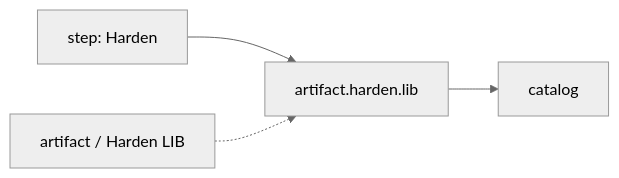
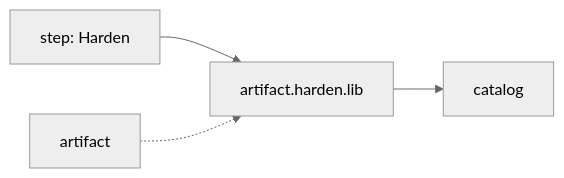
Before and after one commit to openecos-projects/ecc: diagram 20 of 45 in .github/signoff-board/signoff-kanban.md, drawn with Mermaid (neutral theme). The commit also changed other lines of this file and 4 other files, not shown here.

````diff
--- a/.github/signoff-board/signoff-kanban.md
+++ b/.github/signoff-board/signoff-kanban.md
@@ -315,6 +467,6 @@
 ```mermaid
 flowchart LR
   step_artifact_harden_lib["step: Harden"] --> metric_artifact_harden_lib["artifact.harden.lib"]
   metric_artifact_harden_lib --> state_artifact_harden_lib["catalog"]
-  catalog_artifact_harden_lib["artifact / Harden LIB"] -.-> metric_artifact_harden_lib
+  cat_artifact_harden_lib["artifact"] -.-> metric_artifact_harden_lib
 ```
````
